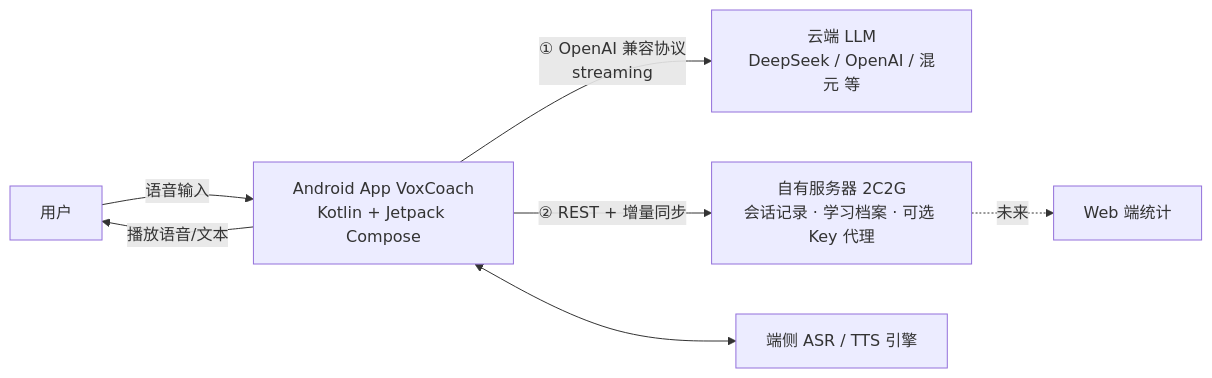
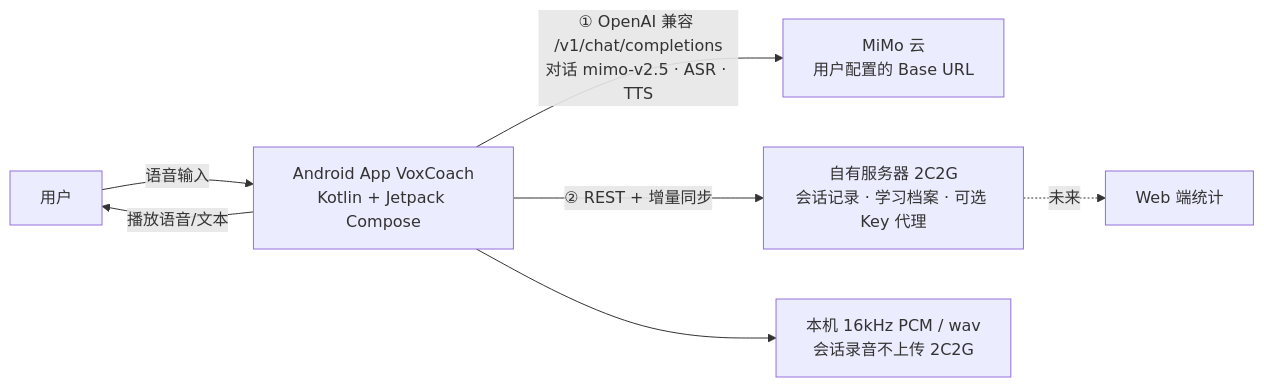
The diagram in README.md (CMXX648/IELTS-App), drawn with Mermaid before and after one commit. The commit also changed other lines of this file and 34 other files, not shown here.

````diff
--- a/README.md
+++ b/README.md
@@ -115,9 +183,9 @@
 ```mermaid
 flowchart LR
     U[用户] -->|语音输入| A[Android App VoxCoach<br/>Kotlin + Jetpack Compose]
     A -->|播放语音/文本| U
-    A -->|① OpenAI 兼容协议<br/>streaming| C[云端 LLM<br/>DeepSeek / OpenAI / 混元 等]
+    A -->|① OpenAI 兼容 /v1/chat/completions<br/>对话 mimo-v2.5 · ASR · TTS| C[MiMo 云<br/>用户配置的 Base URL]
     A -->|② REST + 增量同步| B[自有服务器 2C2G<br/>会话记录 · 学习档案 · 可选 Key 代理]
-    A <--> D[端侧 ASR / TTS 引擎]
+    A --> D[本机 16kHz PCM / wav<br/>会话录音不上传 2C2G]
     B -.未来.-> W[Web 端统计]
 ```
````
